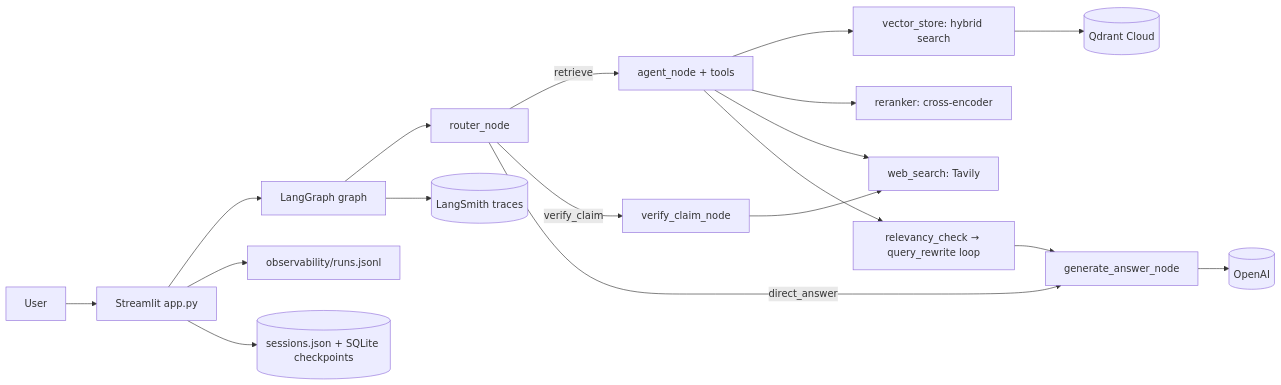
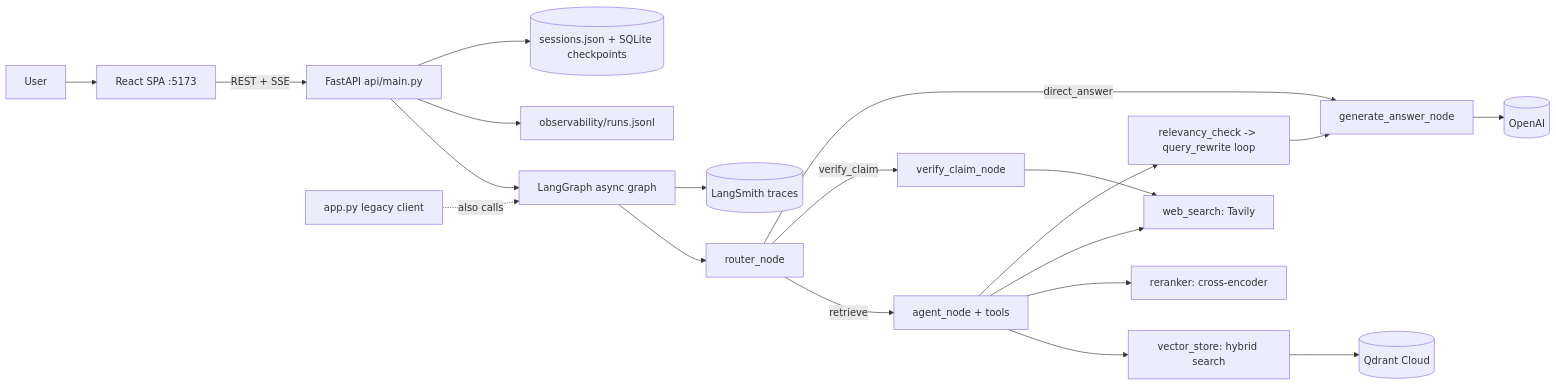
The second of 3 diagrams in preparation/overview.md (Aryansinghparmar/PaPeer), drawn with Mermaid before and after one commit. The commit also changed other lines of this file and 57 other files, not shown here.

````diff
--- a/preparation/overview.md
+++ b/preparation/overview.md
@@ -195,19 +252,21 @@
 ```mermaid
 flowchart LR
-    User --> UI[Streamlit app.py]
-    UI --> Graph[LangGraph graph]
+    User --> SPA[React SPA :5173]
+    SPA -->|REST + SSE| API[FastAPI api/main.py]
+    API --> Graph[LangGraph async graph]
     Graph --> Router[router_node]
     Router -->|retrieve| Agent[agent_node + tools]
     Router -->|verify_claim| Verify[verify_claim_node]
     Router -->|direct_answer| Answer[generate_answer_node]
     Agent --> VS[vector_store: hybrid search]
     VS --> Qdrant[(Qdrant Cloud)]
     Agent --> Rerank[reranker: cross-encoder]
     Agent --> Web[web_search: Tavily]
     Verify --> Web
-    Agent --> Relevancy[relevancy_check → query_rewrite loop] --> Answer
+    Agent --> Relevancy[relevancy_check -> query_rewrite loop] --> Answer
     Answer --> OpenAI[(OpenAI)]
-    UI --> Ledger[observability/runs.jsonl]
+    API --> Ledger[observability/runs.jsonl]
     Graph --> LangSmith[(LangSmith traces)]
-    UI --> Sessions[(sessions.json + SQLite checkpoints)]
+    API --> Sessions[(sessions.json + SQLite checkpoints)]
+    Streamlit[app.py legacy client] -.->|also calls| Graph
 ```
````
